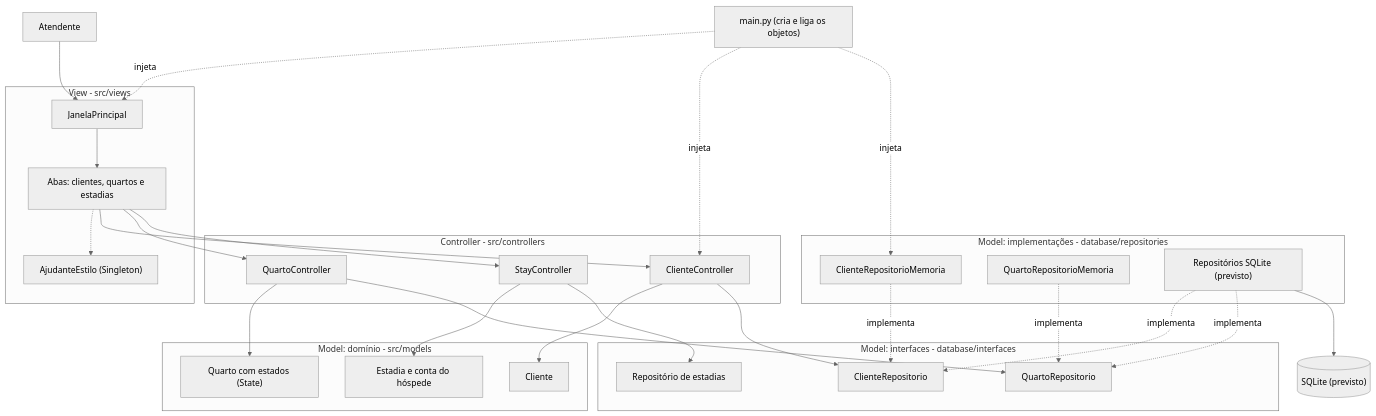
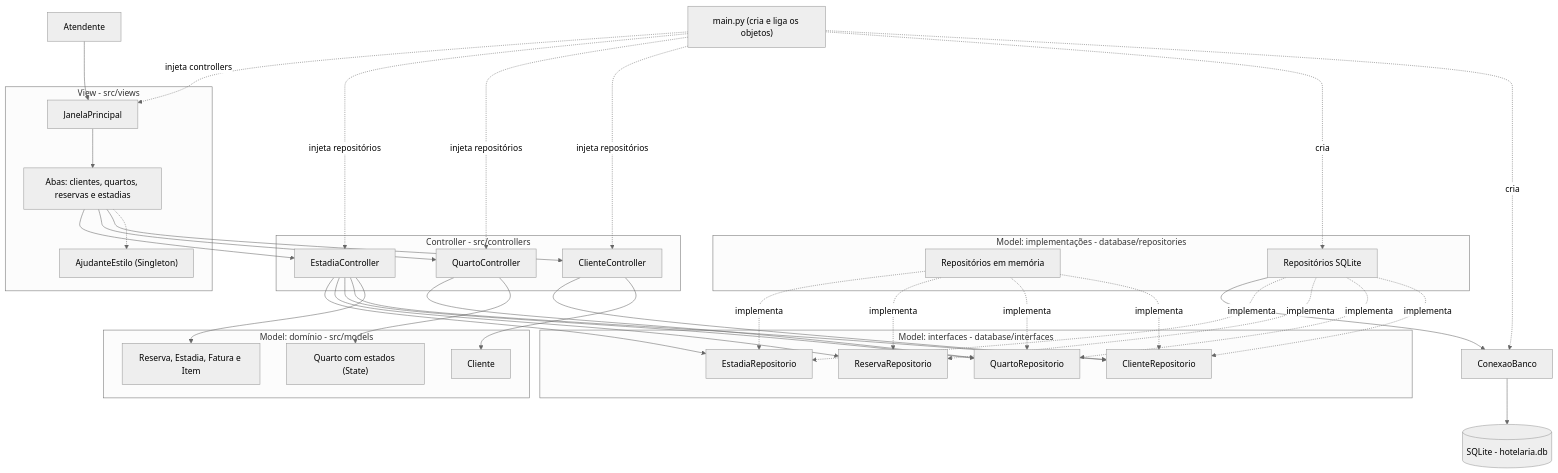
The diagram in docs/diagrama_componentes.md (PH-IFSUL/sistema-gestao-de-hotelaria), drawn with Mermaid (neutral theme) before and after one commit.

Commit message:
Revise component diagram for application architecture
Ajuste

````diff
--- a/docs/diagrama_componentes.md
+++ b/docs/diagrama_componentes.md
@@ -3,61 +3,73 @@
 ```mermaid
 graph TD
     U["Atendente"]
     MAIN["main.py (cria e liga os objetos)"]
 
     subgraph VIEW["View - src/views"]
         JP["JanelaPrincipal"]
-        ABAS["Abas: clientes, quartos e estadias"]
+        ABAS["Abas: clientes, quartos, reservas e estadias"]
         EST["AjudanteEstilo (Singleton)"]
     end
 
     subgraph CTRL["Controller - src/controllers"]
         CC["ClienteController"]
         QC["QuartoController"]
-        SC["StayController"]
+        EC["EstadiaController"]
     end
 
     subgraph DOM["Model: domínio - src/models"]
         CL["Cliente"]
         QU["Quarto com estados (State)"]
-        ES["Estadia e conta do hóspede"]
+        ES["Reserva, Estadia, Fatura e Item"]
     end
 
     subgraph INT["Model: interfaces - database/interfaces"]
         ICR["ClienteRepositorio"]
         IQR["QuartoRepositorio"]
-        ISR["Repositório de estadias"]
+        IRR["ReservaRepositorio"]
+        IER["EstadiaRepositorio"]
     end
 
     subgraph IMP["Model: implementações - database/repositories"]
-        CRM["ClienteRepositorioMemoria"]
-        QRM["QuartoRepositorioMemoria"]
-        SQL["Repositórios SQLite (previsto)"]
+        MEM["Repositórios em memória"]
+        SQL["Repositórios SQLite"]
     end
 
-    DB[("SQLite (previsto)")]
+    CON["ConexaoBanco"]
+    DB[("SQLite - hotelaria.db")]
 
     U --> JP
     JP --> ABAS
     ABAS -.-> EST
     ABAS --> CC
     ABAS --> QC
-    ABAS --> SC
+    ABAS --> EC
 
     CC --> CL
     QC --> QU
-    SC --> ES
+    EC --> ES
     CC --> ICR
     QC --> IQR
-    SC --> ISR
+    EC --> ICR
+    EC --> IQR
+    EC --> IRR
+    EC --> IER
 
-    CRM -. implementa .-> ICR
-    QRM -. implementa .-> IQR
+    MEM -. implementa .-> ICR
+    MEM -. implementa .-> IQR
+    MEM -. implementa .-> IRR
+    MEM -. implementa .-> IER
     SQL -. implementa .-> ICR
     SQL -. implementa .-> IQR
-    SQL --> DB
+    SQL -. implementa .-> IRR
+    SQL -. implementa .-> IER
+    SQL --> CON
+    CON --> DB
 
-    MAIN -. injeta .-> JP
-    MAIN -. injeta .-> CC
-    MAIN -. injeta .-> CRM
+    MAIN -. cria .-> CON
+    MAIN -. cria .-> SQL
+    MAIN -. injeta repositórios .-> CC
+    MAIN -. injeta repositórios .-> QC
+    MAIN -. injeta repositórios .-> EC
+    MAIN -. injeta controllers .-> JP
 ```
````
